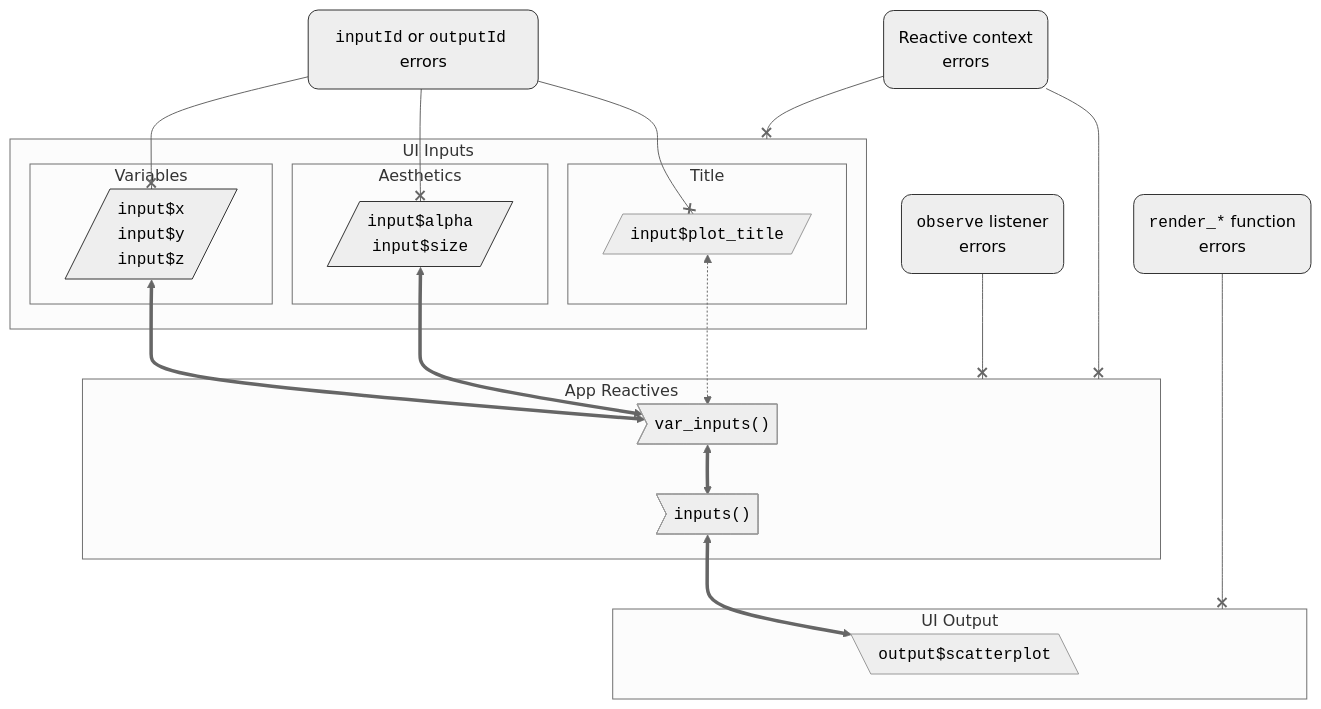
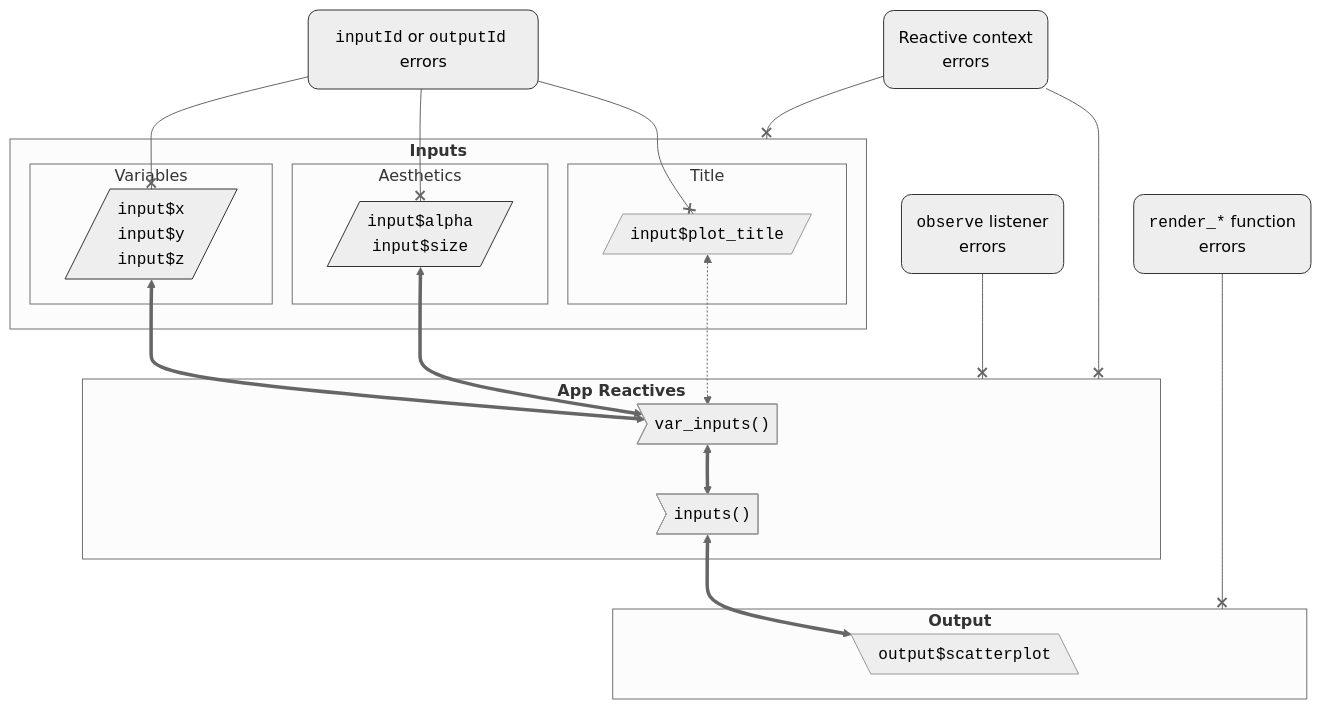
Before and after one commit to mjfrigaard/shiny-app-pkgs: the third of 3 diagrams in debug.qmd, drawn with Mermaid. The commit also changed other lines of this file and 66 other files, not shown here.

````diff
--- a/debug.qmd
+++ b/debug.qmd
@@ -303,42 +254,40 @@
 ```{mermaid}
 %%| fig-cap: '*Possible locations of bugs in a reactive model*'
 %%| fig-align: center
 %%{init: {'theme': 'neutral', 'themeVariables': { 'fontFamily': 'monospace', "fontSize":"16px"}}}%%
 flowchart TD
-    subgraph Inputs["UI Inputs"]
+    subgraph Inputs["<strong>Inputs</strong>"]
         subgraph Variables["Variables"]
         var_input[/"<code>input$x</code><br><code>input$y</code><br><code>input$z</code>"/]
         end
         subgraph Aesthetics["Aesthetics"]
         aes_input[/"<code>input$alpha</code><br><code>input$size</code>"/]
         end
         subgraph Title["Title"]
         plot_title[/"<code>input$plot_title</code>"/]
         end
     end
     IDs("<code>inputId</code> or <code>outputId</code> errors") --x var_input & aes_input & plot_title
-    subgraph React["App Reactives"]
+    subgraph React["<strong>App Reactives</strong>"]
         var_inputs>"<code>var_inputs()</code> "]
         inputs>"<code>inputs()</code>"]
     end
     Obs("<code>observe</code> listener<br>errors") --x React
     Rxt("Reactive context<br>errors") --x Inputs & React
-    subgraph Output["UI Output"]
+    subgraph Output["<strong>Output</strong>"]
         output[\"<code>output$scatterplot</code>"\]
     end
     Rend("<code>render_*</code> function<br>errors") ----x Output
-        
-    
 
     var_input & aes_input <==> var_inputs 
     plot_title <-.-> var_inputs 
     var_inputs <==> inputs
     inputs <==> output
     
     style var_input stroke:#333,stroke-width:1px,rx:5,ry:5 
     style aes_input stroke:#333,stroke-width:1px,rx:5,ry:5
     style IDs stroke:#333,stroke-width:1px,rx:10,ry:10
     style Obs stroke:#333,stroke-width:1px,rx:10,ry:10
     style Rend stroke:#333,stroke-width:1px,rx:10,ry:10
     style Rxt stroke:#333,stroke-width:1px,rx:10,ry:10
 ```
````
